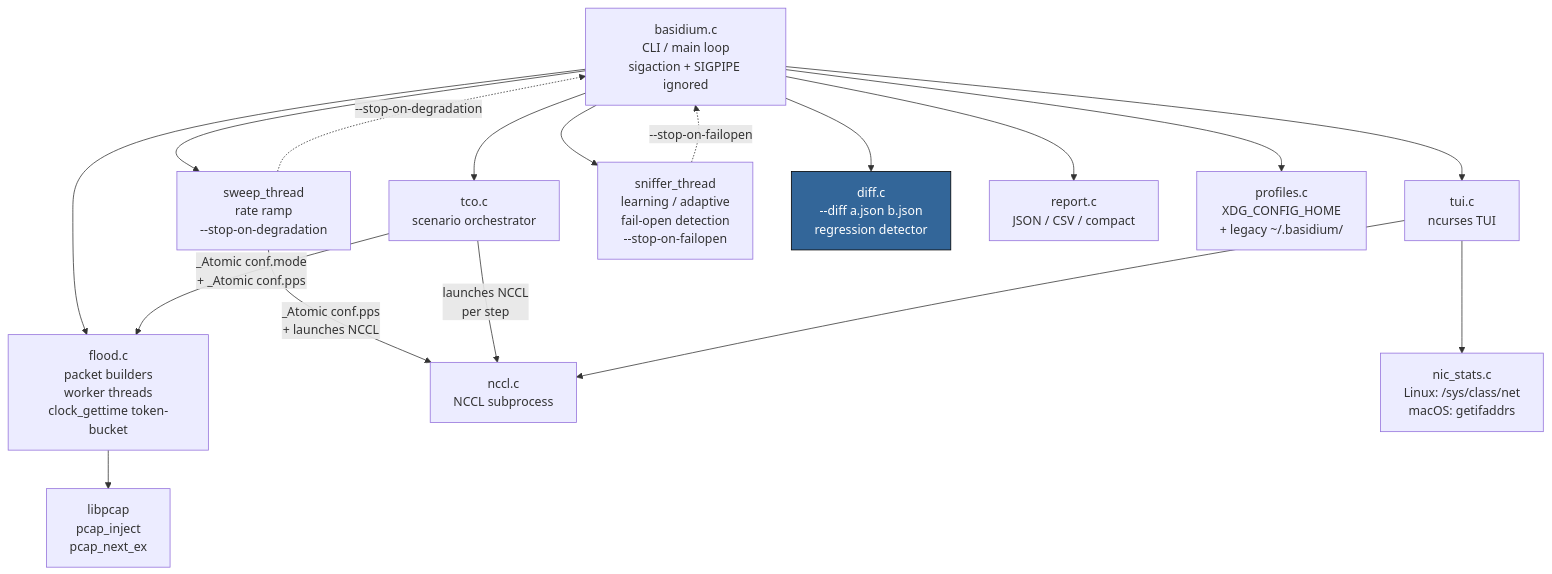
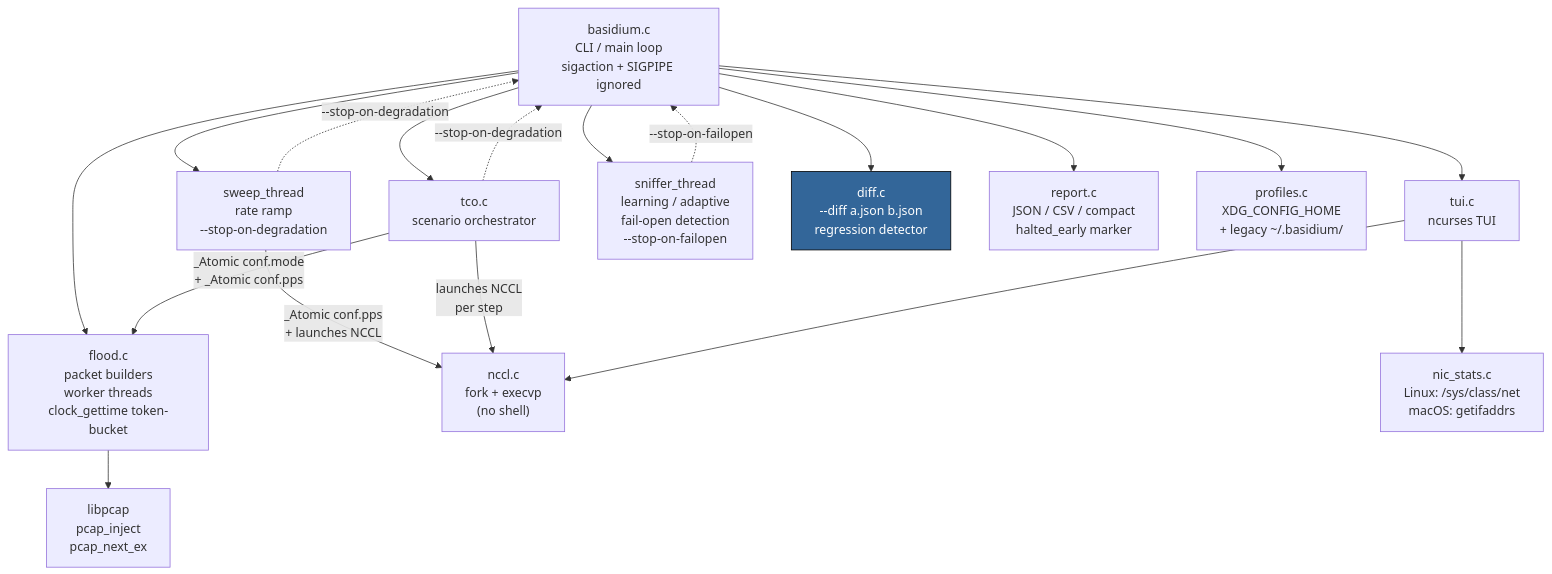
Before and after one commit to mstits/Basidium: the second of 10 diagrams in README.md, drawn with Mermaid. The commit also changed other lines of this file, not shown here.

First line of the commit message:
v2.6 README: add what's-new section, update mermaid diagrams + source layout

````diff
--- a/README.md
+++ b/README.md
@@ -123,21 +165,22 @@
 ```mermaid
 graph TD
     CLI["basidium.c<br/>CLI / main loop<br/>sigaction + SIGPIPE ignored"] --> FLOOD["flood.c<br/>packet builders<br/>worker threads<br/>clock_gettime token-bucket"]
     CLI --> TUI["tui.c<br/>ncurses TUI"]
     CLI --> SWEEP["sweep_thread<br/>rate ramp<br/>--stop-on-degradation"]
     CLI --> TCO["tco.c<br/>scenario orchestrator"]
     CLI --> SNIFF["sniffer_thread<br/>learning / adaptive<br/>fail-open detection<br/>--stop-on-failopen"]
     CLI --> DIFF["diff.c<br/>--diff a.json b.json<br/>regression detector"]
     FLOOD --> PCAP["libpcap<br/>pcap_inject<br/>pcap_next_ex"]
     TCO --> |"_Atomic conf.mode<br/>+ _Atomic conf.pps"| FLOOD
     SWEEP --> |"_Atomic conf.pps<br/>+ launches NCCL"| NCCL
-    TCO --> |"launches NCCL<br/>per step"| NCCL["nccl.c<br/>NCCL subprocess"]
+    TCO --> |"launches NCCL<br/>per step"| NCCL["nccl.c<br/>fork + execvp<br/>(no shell)"]
     TUI --> NCCL
     TUI --> NIC["nic_stats.c<br/>Linux: /sys/class/net<br/>macOS: getifaddrs"]
-    CLI --> REPORT["report.c<br/>JSON / CSV / compact"]
+    CLI --> REPORT["report.c<br/>JSON / CSV / compact<br/>halted_early marker"]
     CLI --> PROFILES["profiles.c<br/>XDG_CONFIG_HOME<br/>+ legacy ~/.basidium/"]
     SWEEP -.-> |"--stop-on-degradation"| CLI
+    TCO -.-> |"--stop-on-degradation"| CLI
     SNIFF -.-> |"--stop-on-failopen"| CLI
 
     style DIFF fill:#369,stroke:#000,color:#fff
 ```
````
